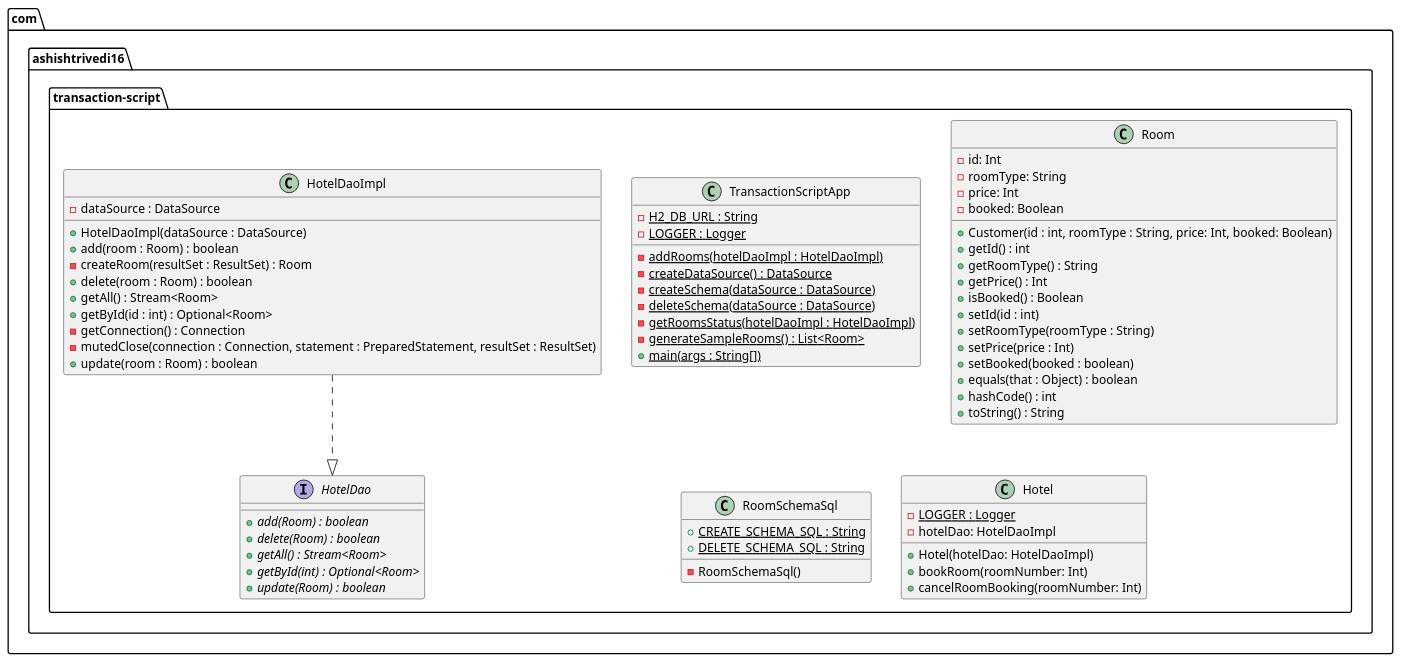
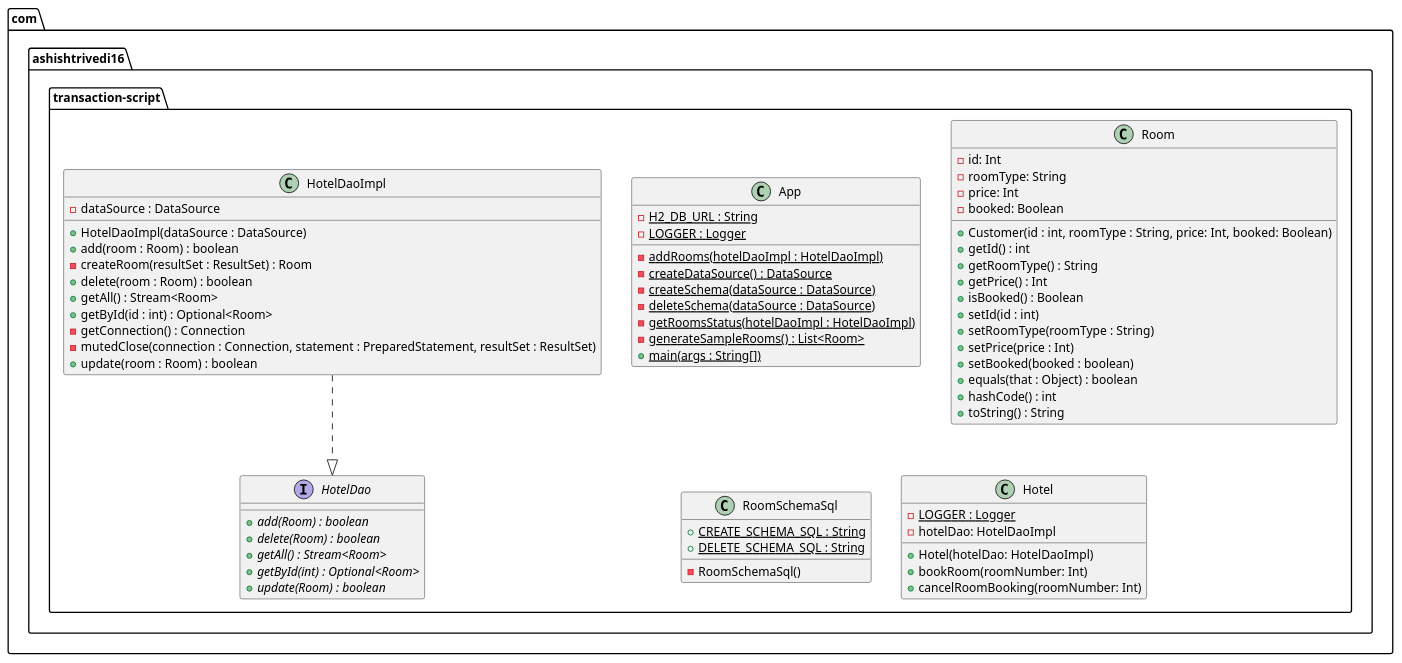
One commit to NatalieSty/java-design-patterns changed the diagram in transaction-script/etc/transaction-script.urm.puml. Above: the diagram before and after it, drawn with PlantUML. The commit also changed 5 other files, not shown here.

```diff
--- a/transaction-script/etc/transaction-script.urm.puml
+++ b/transaction-script/etc/transaction-script.urm.puml
@@ -1,65 +1,65 @@
 @startuml
 package com.ashishtrivedi16.transaction-script {
-  class TransactionScriptApp {
+  class App {
     - H2_DB_URL : String {static}
     - LOGGER : Logger {static}
     - addRooms(hotelDaoImpl : HotelDaoImpl) {static}
     - createDataSource() : DataSource {static}
     - createSchema(dataSource : DataSource) {static}
     - deleteSchema(dataSource : DataSource) {static}
     - getRoomsStatus(hotelDaoImpl : HotelDaoImpl) {static}
     - generateSampleRooms() : List<Room> {static}
     + main(args : String[]) {static}
   }
   class Room {
     - id: Int
     - roomType: String
     - price: Int
     - booked: Boolean
     + Customer(id : int, roomType : String, price: Int, booked: Boolean)
     + getId() : int
     + getRoomType() : String
     + getPrice() : Int
     + isBooked() : Boolean
     + setId(id : int)
     + setRoomType(roomType : String)
     + setPrice(price : Int)
     + setBooked(booked : boolean)
     + equals(that : Object) : boolean
     + hashCode() : int
     + toString() : String
   }
   interface HotelDao {
     + add(Room) : boolean {abstract}
     + delete(Room) : boolean {abstract}
     + getAll() : Stream<Room> {abstract}
     + getById(int) : Optional<Room> {abstract}
     + update(Room) : boolean {abstract}
   }
   class RoomSchemaSql {
     + CREATE_SCHEMA_SQL : String {static}
     + DELETE_SCHEMA_SQL : String {static}
     - RoomSchemaSql()
   }
   class HotelDaoImpl {
     - dataSource : DataSource
     + HotelDaoImpl(dataSource : DataSource)
     + add(room : Room) : boolean
     - createRoom(resultSet : ResultSet) : Room
     + delete(room : Room) : boolean
     + getAll() : Stream<Room>
     + getById(id : int) : Optional<Room>
     - getConnection() : Connection
     - mutedClose(connection : Connection, statement : PreparedStatement, resultSet : ResultSet)
     + update(room : Room) : boolean
   }
   class Hotel {
   - LOGGER : Logger {static}
   - hotelDao: HotelDaoImpl
   + Hotel(hotelDao: HotelDaoImpl)
   + bookRoom(roomNumber: Int)
   + cancelRoomBooking(roomNumber: Int)
   }
 }
 HotelDaoImpl ..|> HotelDao
 @enduml
```
